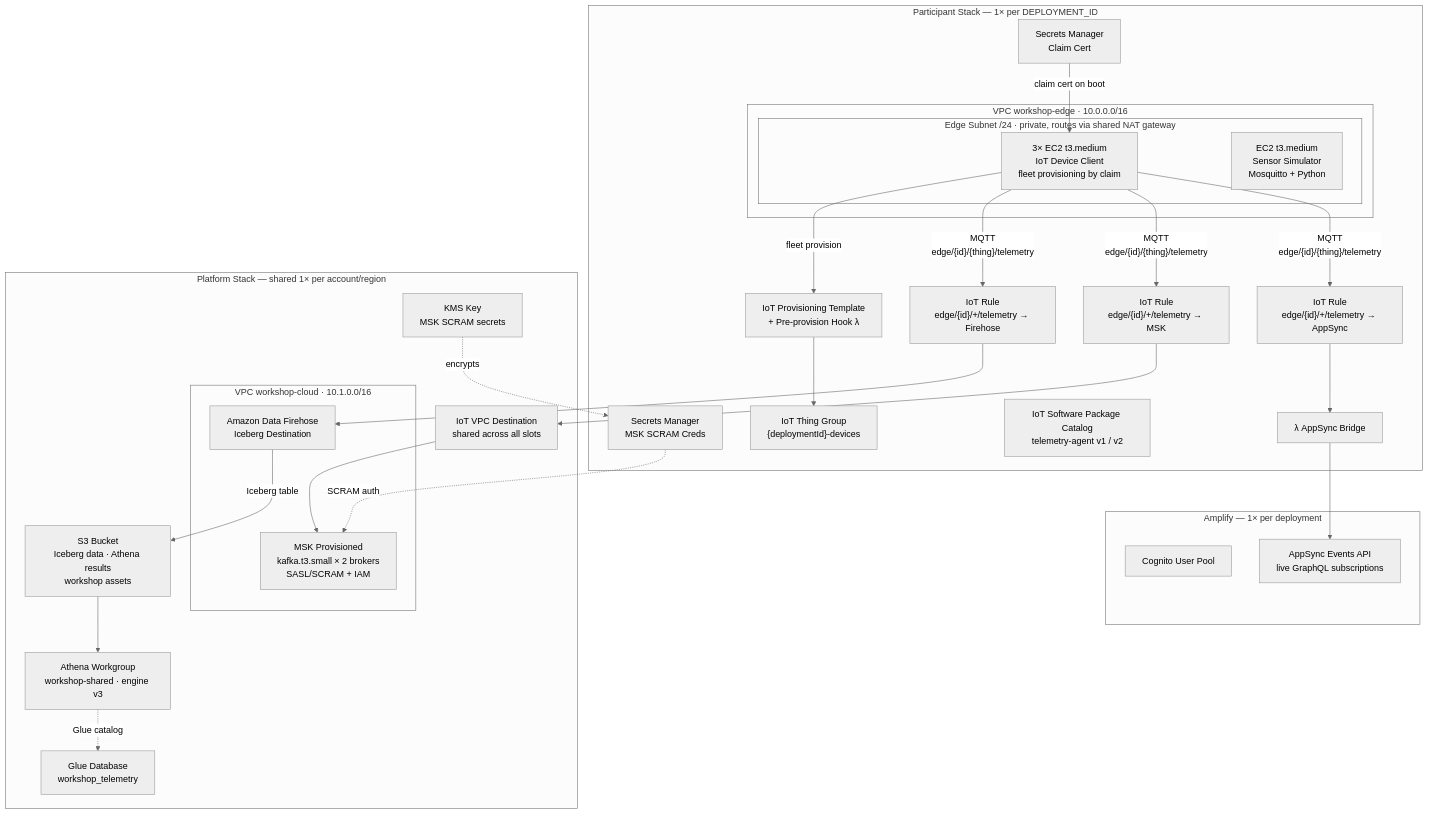
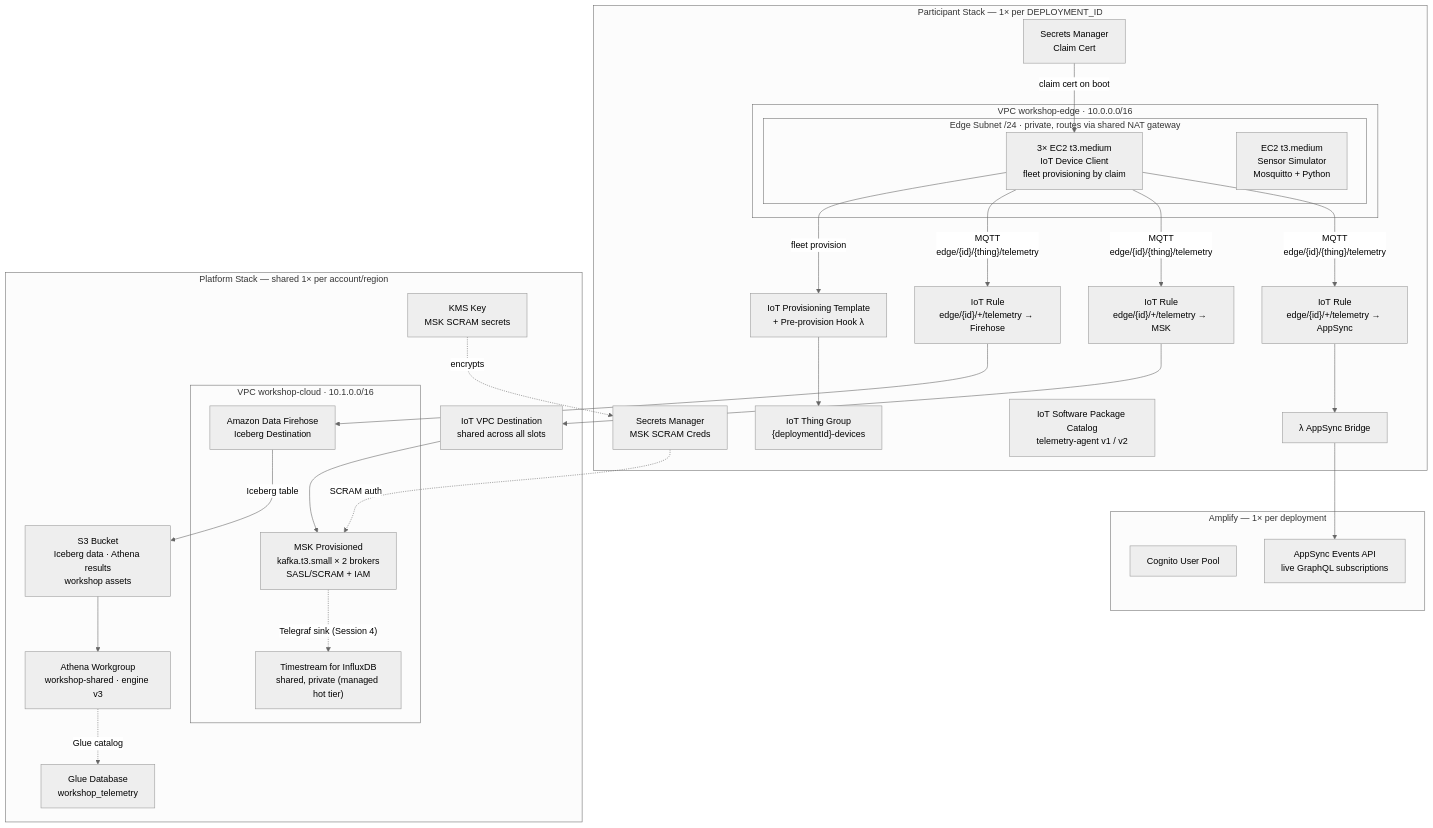
One commit to aws-samples/sample-edge-to-cloud-digital-ops-workshop changed the diagram in workshop/00-prerequisites/index.md. Above: the diagram before and after it, drawn with Mermaid (neutral theme). The commit also changed other lines of this file and 3 other files, not shown here.

````diff
--- a/workshop/00-prerequisites/index.md
+++ b/workshop/00-prerequisites/index.md
@@ -18,52 +18,54 @@
 ```mermaid
 flowchart TB
     subgraph participant["Participant Stack — 1× per DEPLOYMENT_ID"]
         subgraph edge_vpc["VPC workshop-edge · 10.0.0.0/16"]
             subgraph edge_subnet["Edge Subnet /24 · private, routes via shared NAT gateway"]
                 devices["3× EC2 t3.medium\nIoT Device Client\nfleet provisioning by claim"]
                 sim["EC2 t3.medium\nSensor Simulator\nMosquitto + Python"]
             end
         end
         claim_secret["Secrets Manager\nClaim Cert"]
         msk_secret["Secrets Manager\nMSK SCRAM Creds"]
         iot_template["IoT Provisioning Template\n+ Pre-provision Hook λ"]
         iot_group["IoT Thing Group\n{deploymentId}-devices"]
         iot_pkg["IoT Software Package Catalog\ntelemetry-agent v1 / v2"]
         rule_appsync["IoT Rule\nedge/{id}/+/telemetry → AppSync"]
         rule_msk["IoT Rule\nedge/{id}/+/telemetry → MSK"]
         rule_firehose["IoT Rule\nedge/{id}/+/telemetry → Firehose"]
         bridge_fn["λ AppSync Bridge"]
     end
 
     subgraph amplify["Amplify — 1× per deployment"]
         cognito["Cognito User Pool"]
         appsync["AppSync Events API\nlive GraphQL subscriptions"]
     end
 
     subgraph platform["Platform Stack — shared 1× per account/region"]
         subgraph cloud_vpc["VPC workshop-cloud · 10.1.0.0/16"]
             msk["MSK Provisioned\nkafka.t3.small × 2 brokers\nSASL/SCRAM + IAM"]
             firehose["Amazon Data Firehose\nIceberg Destination"]
+            influxdb["Timestream for InfluxDB\nshared, private (managed hot tier)"]
         end
         iot_vpc_dest["IoT VPC Destination\nshared across all slots"]
         s3["S3 Bucket\nIceberg data · Athena results\nworkshop assets"]
         glue["Glue Database\nworkshop_telemetry"]
         athena["Athena Workgroup\nworkshop-shared · engine v3"]
         kms["KMS Key\nMSK SCRAM secrets"]
     end
 
     claim_secret -->|"claim cert on boot"| devices
     devices -->|"MQTT\nedge/{id}/{thing}/telemetry"| rule_appsync
     devices -->|"MQTT\nedge/{id}/{thing}/telemetry"| rule_msk
     devices -->|"MQTT\nedge/{id}/{thing}/telemetry"| rule_firehose
     devices -->|"fleet provision"| iot_template
     iot_template --> iot_group
     rule_appsync --> bridge_fn --> appsync
     rule_msk --> iot_vpc_dest --> msk
     rule_firehose --> firehose
     firehose -->|"Iceberg table"| s3
     s3 --> athena
     athena -.->|"Glue catalog"| glue
     kms -.->|"encrypts"| msk_secret
     msk_secret -.->|"SCRAM auth"| msk
+    msk -.->|"Telegraf sink (Session 4)"| influxdb
 ```
````
